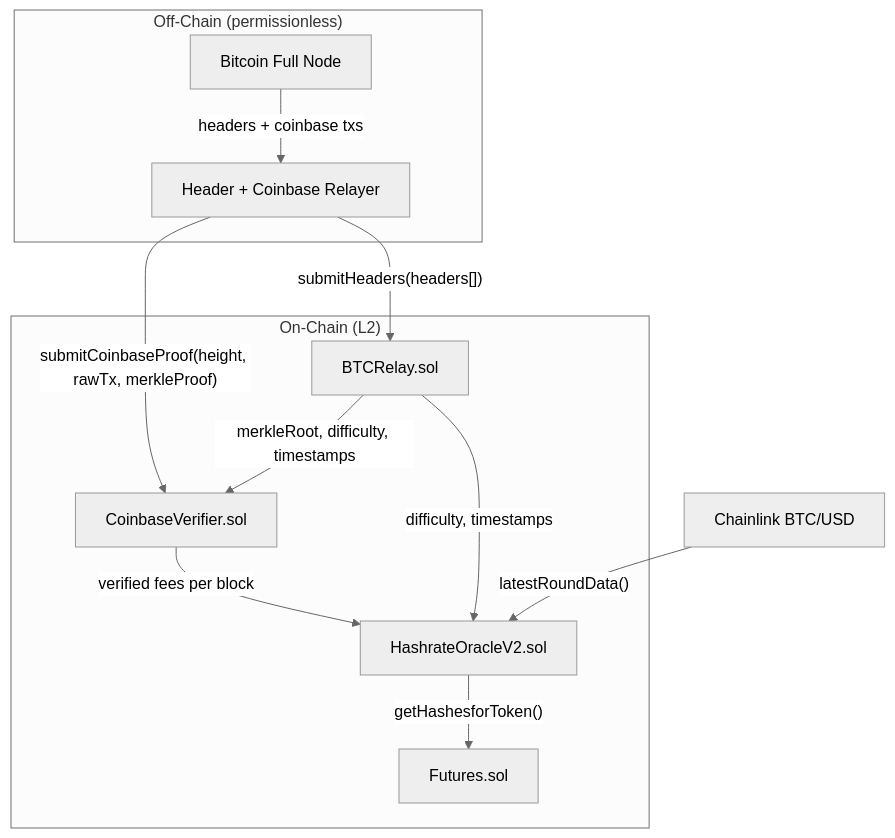
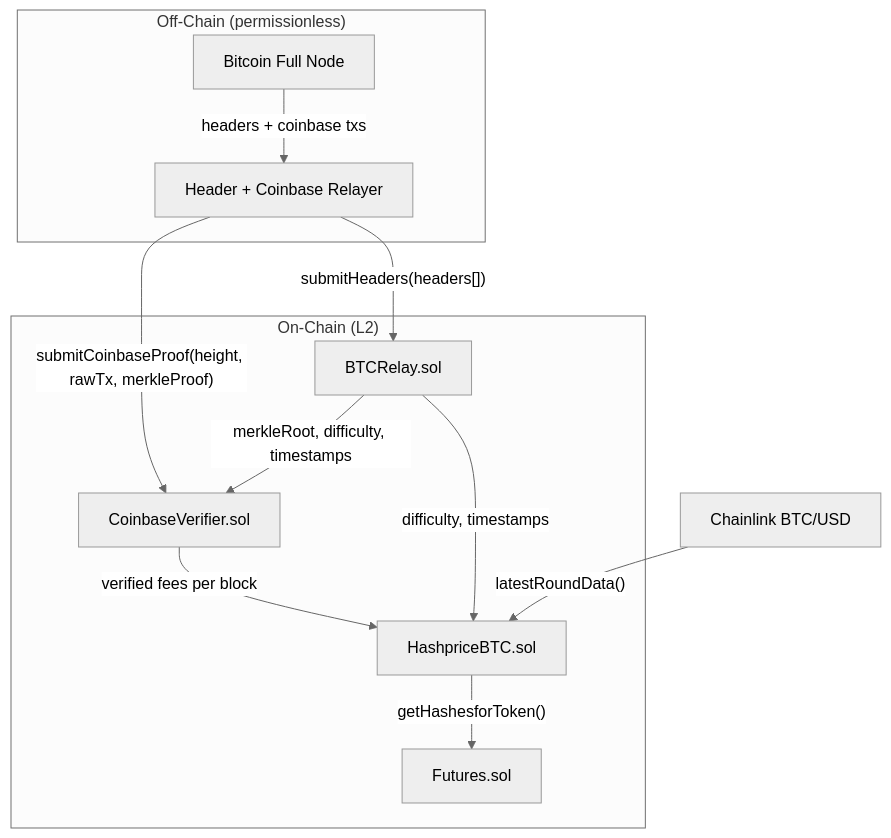
The first of 2 diagrams in docs/plan.md (Lumerin-protocol/hashprice-oracle), drawn with Mermaid (neutral theme) before and after one commit. The commit also changed other lines of this file and 41 other files, not shown here.

````diff
--- a/docs/plan.md
+++ b/docs/plan.md
@@ -41,22 +41,22 @@
 ```mermaid
 flowchart TD
     subgraph onChain ["On-Chain (L2)"]
         BTCRelay["BTCRelay.sol"]
         CoinbaseV["CoinbaseVerifier.sol"]
-        HashOracle["HashrateOracleV2.sol"]
+        HashOracle["HashpriceBTC.sol"]
         Futures["Futures.sol"]
     end
     subgraph offChain ["Off-Chain (permissionless)"]
         Relayer["Header + Coinbase Relayer"]
         BtcNode["Bitcoin Full Node"]
     end
 
     BtcNode -->|"headers + coinbase txs"| Relayer
     Relayer -->|"submitHeaders(headers[])"| BTCRelay
     Relayer -->|"submitCoinbaseProof(height, rawTx, merkleProof)"| CoinbaseV
     BTCRelay -->|"merkleRoot, difficulty, timestamps"| CoinbaseV
     CoinbaseV -->|"verified fees per block"| HashOracle
     BTCRelay -->|"difficulty, timestamps"| HashOracle
     Chainlink["Chainlink BTC/USD"] -->|"latestRoundData()"| HashOracle
     HashOracle -->|"getHashesforToken()"| Futures
 ```
````
